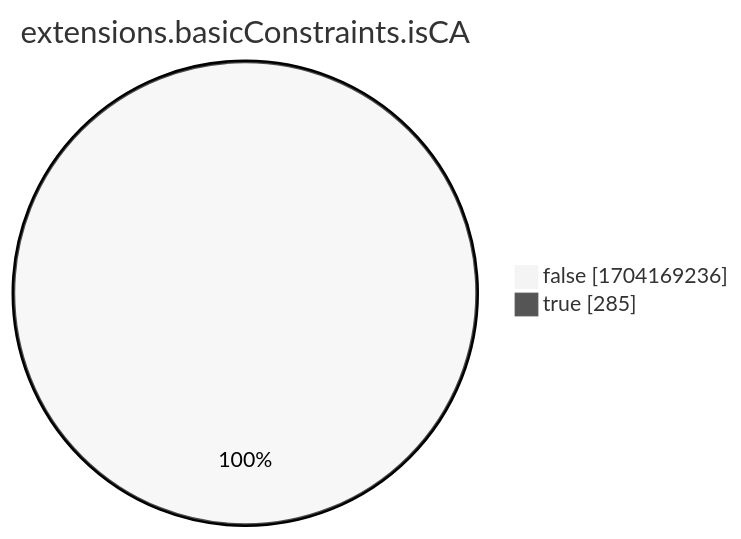
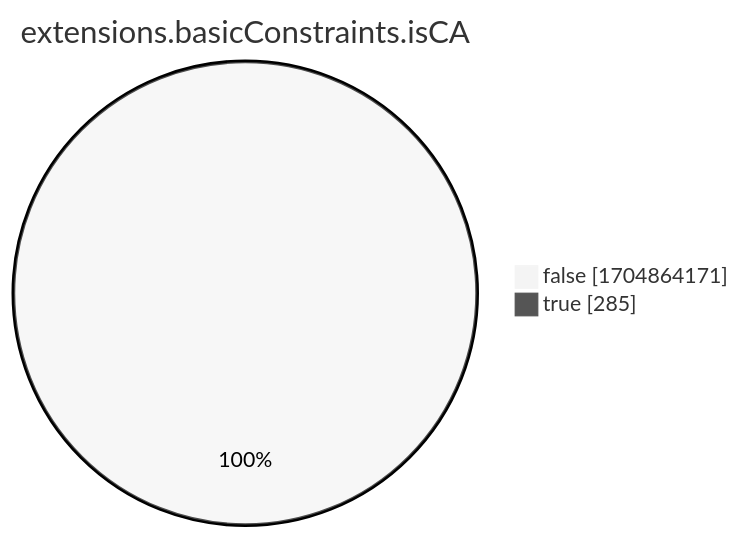
One commit to christiankrug/ctmonitor_visualization changed the eighth of 15 diagrams in xenon2022/README.md. Above: the diagram before and after it, drawn with Mermaid (neutral theme). The commit also changed other lines of this file, not shown here.

````diff
--- a/xenon2022/README.md
+++ b/xenon2022/README.md
@@ -2865,6 +2865,6 @@
 ```mermaid
 pie showData
 title extensions.basicConstraints.isCA
-"false" :1704169236
+"false" :1704864171
 "true" :285
 ```
````
